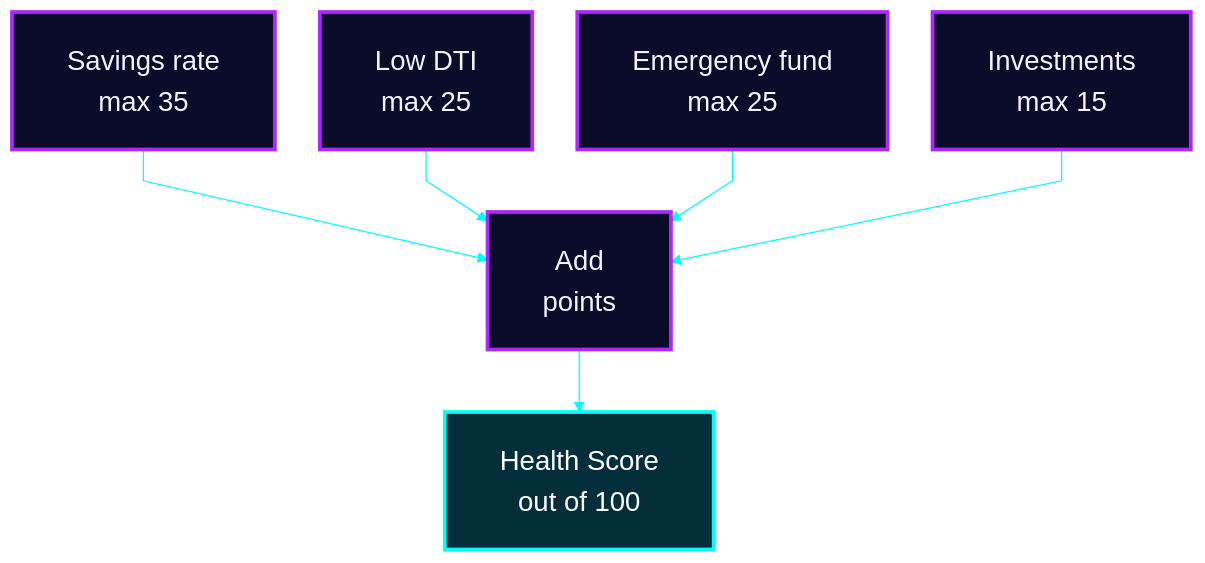
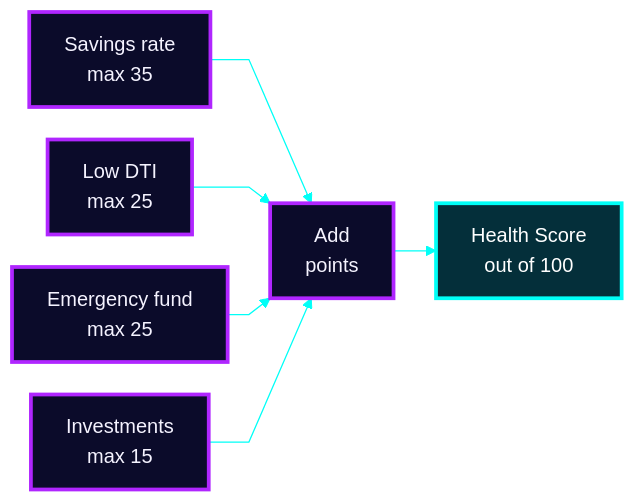
The tenth of 17 diagrams in README.md (Mansi232323/MANSHORA), drawn with Mermaid before and after one commit. The commit also changed other lines of this file, not shown here.

````diff
--- a/README.md
+++ b/README.md
@@ -373,13 +373,13 @@
 ```mermaid
-%%{init: {'theme':'base','themeVariables':{'fontSize':'22px','fontFamily':'Arial, Helvetica, sans-serif','primaryColor':'#0b0b2a','primaryTextColor':'#f5f3ff','primaryBorderColor':'#b026ff','lineColor':'#00fff7','textColor':'#f5f3ff','edgeLabelBackground':'#0b0b2a'},'flowchart':{'htmlLabels':false,'nodeSpacing':36,'rankSpacing':50,'padding':22,'curve':'linear'}}}%%
-flowchart TD
+%%{init: {'theme':'base','themeVariables':{'fontSize':'16px','fontFamily':'Arial, Helvetica, sans-serif','primaryColor':'#0b0b2a','primaryTextColor':'#f5f3ff','primaryBorderColor':'#b026ff','lineColor':'#00fff7','textColor':'#f5f3ff','edgeLabelBackground':'#0b0b2a'},'flowchart':{'htmlLabels':false,'nodeSpacing':26,'rankSpacing':34,'padding':14,'curve':'linear'}}}%%
+flowchart LR
     SR["Savings rate<br/>max 35"] --> SUM["Add<br/>points"]
     DT["Low DTI<br/>max 25"] --> SUM
     EF["Emergency fund<br/>max 25"] --> SUM
     IV["Investments<br/>max 15"] --> SUM
     SUM --> SC["Health Score<br/>out of 100"]
     classDef a fill:#0b0b2a,stroke:#b026ff,stroke-width:3px,color:#f5f3ff
     classDef o fill:#042f3a,stroke:#00fff7,stroke-width:3px,color:#ffffff
     class SR,DT,EF,IV,SUM a
     class SC o
 ```
````
